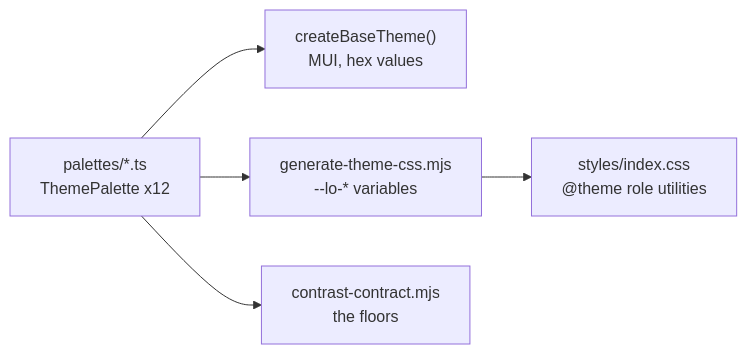
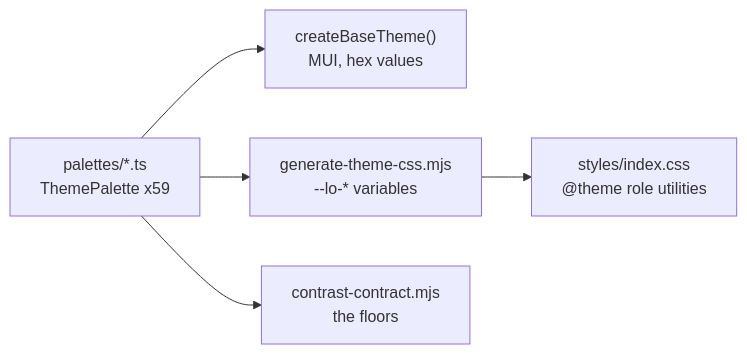
One commit to damianvtran/local-operator-ui changed the diagram in docs/branding.md. Above: the diagram before and after it, drawn with Mermaid. The commit also changed 49 other files, not shown here.

````diff
--- a/docs/branding.md
+++ b/docs/branding.md
@@ -38,7 +38,7 @@
 ```mermaid
 graph LR
-  A["palettes/*.ts<br/>ThemePalette x12"] --> B["createBaseTheme()<br/>MUI, hex values"]
+  A["palettes/*.ts<br/>ThemePalette x59"] --> B["createBaseTheme()<br/>MUI, hex values"]
   A --> C["generate-theme-css.mjs<br/>--lo-* variables"]
   C --> D["styles/index.css<br/>@theme role utilities"]
   A --> E["contrast-contract.mjs<br/>the floors"]
 ```
````
